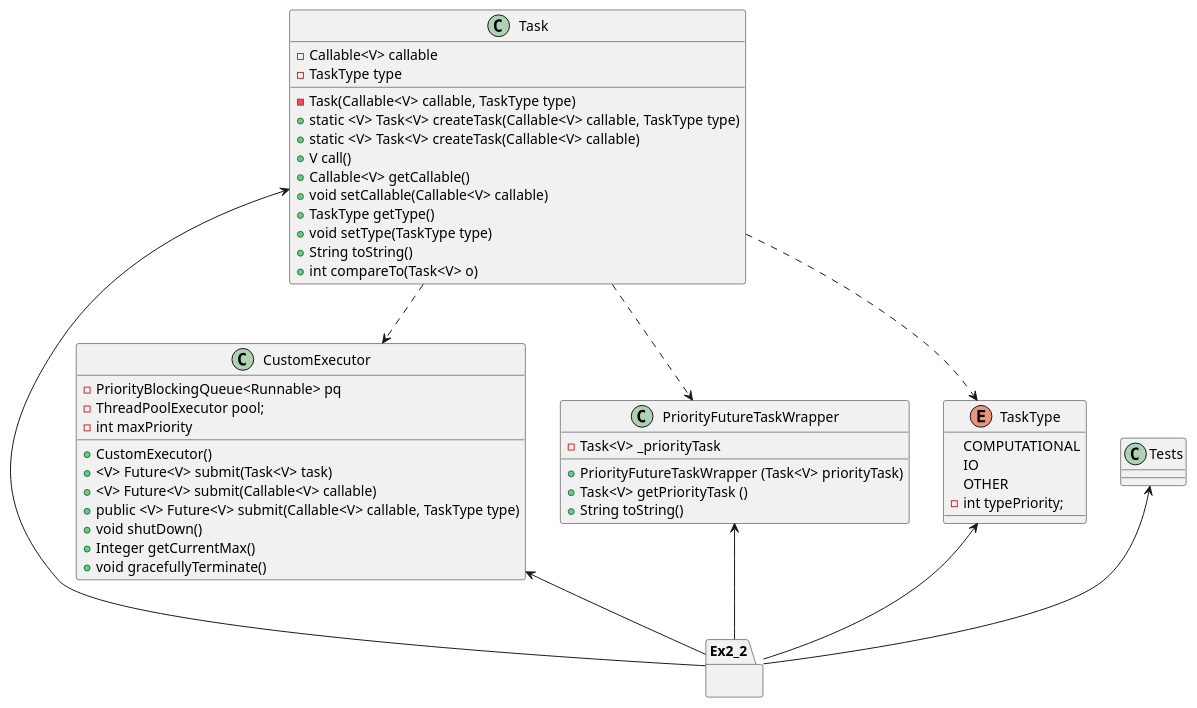
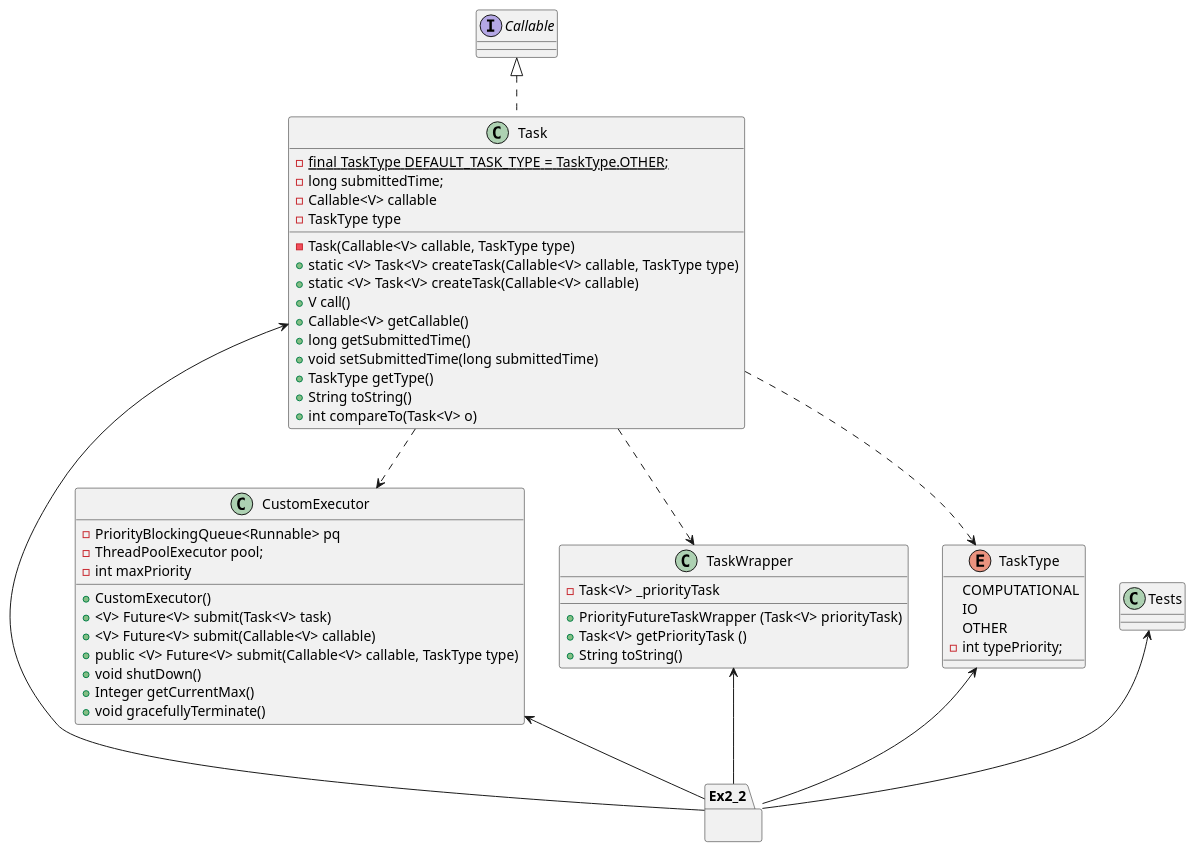
Before and after one commit to ofirshitrit/OOP-Ex2: the diagram in out/production/Ex2/Ex2_2/Diagram2.puml, drawn with PlantUML. The commit also changed 6 other files, not shown here.

Commit message:
change the diagram2

```diff
--- a/out/production/Ex2/Ex2_2/Diagram2.puml
+++ b/out/production/Ex2/Ex2_2/Diagram2.puml
@@ -1,63 +1,64 @@
 @startuml
 CustomExecutor <-- Ex2_2
 Task <-- Ex2_2
-PriorityFutureTaskWrapper <-- Ex2_2
+TaskWrapper <-- Ex2_2
 TaskType <-- Ex2_2
 Tests <-- Ex2_2
 Task ..> CustomExecutor
 Task ..> TaskType
-Task ..> PriorityFutureTaskWrapper
+Task ..> TaskWrapper
 
 
 
 package Ex2_2{
 
 }
 
 class CustomExecutor {
-
  - PriorityBlockingQueue<Runnable> pq
    - ThreadPoolExecutor pool;
    - int maxPriority
      + CustomExecutor()
      + <V> Future<V> submit(Task<V> task)
      + <V> Future<V> submit(Callable<V> callable)
     + public <V> Future<V> submit(Callable<V> callable, TaskType type)
     + void shutDown()
     + Integer getCurrentMax()
     + void gracefullyTerminate()
 }
 
-class Task{
+class Task implements Callable{
+- {static} final TaskType DEFAULT_TASK_TYPE = TaskType.OTHER;
+- long submittedTime;
 - Callable<V> callable
 - TaskType type
 - Task(Callable<V> callable, TaskType type)
 + static <V> Task<V> createTask(Callable<V> callable, TaskType type)
 + static <V> Task<V> createTask(Callable<V> callable)
 + V call()
 + Callable<V> getCallable()
-+ void setCallable(Callable<V> callable)
++ long getSubmittedTime()
++ void setSubmittedTime(long submittedTime)
 + TaskType getType()
-+ void setType(TaskType type)
 + String toString()
 + int compareTo(Task<V> o)
 }
 
 
 
 enum TaskType{
     COMPUTATIONAL
     IO
     OTHER
     - int typePriority;
 }
 
-class PriorityFutureTaskWrapper{
+class TaskWrapper{
 - Task<V> _priorityTask
 + PriorityFutureTaskWrapper (Task<V> priorityTask)
 + Task<V> getPriorityTask ()
 + String toString()
 }
 
 
 @enduml
```
